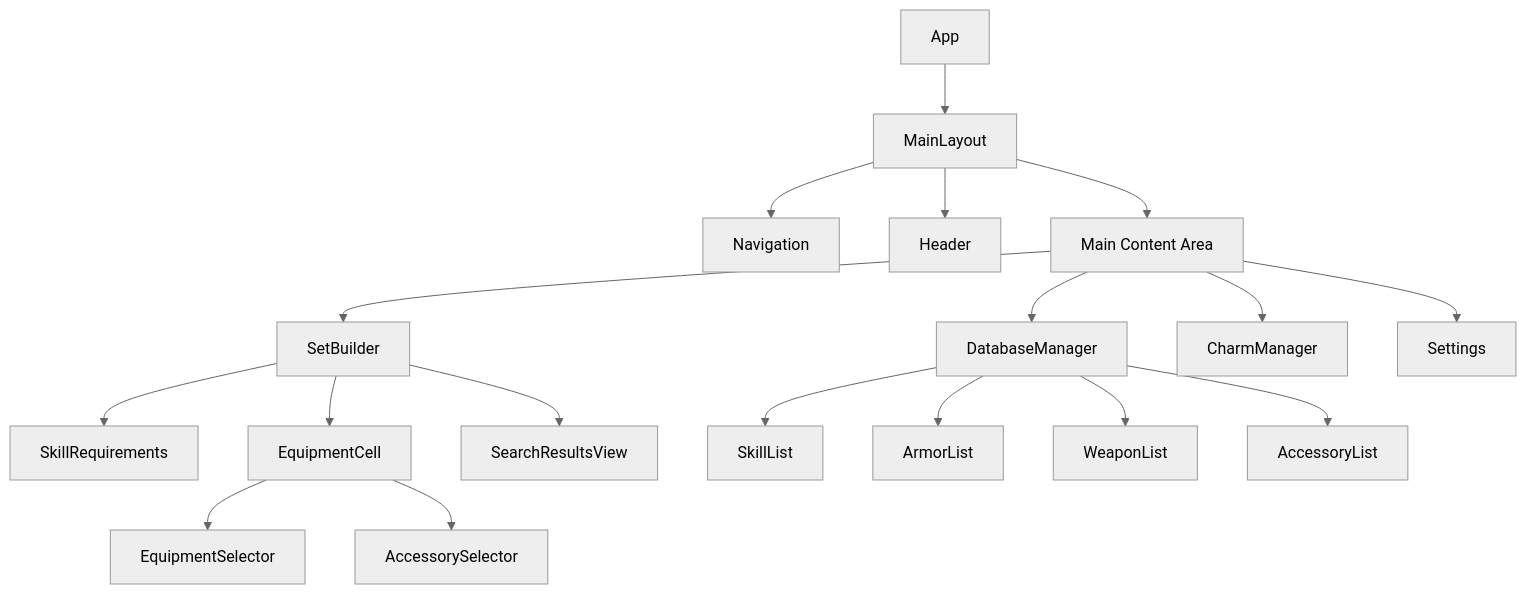
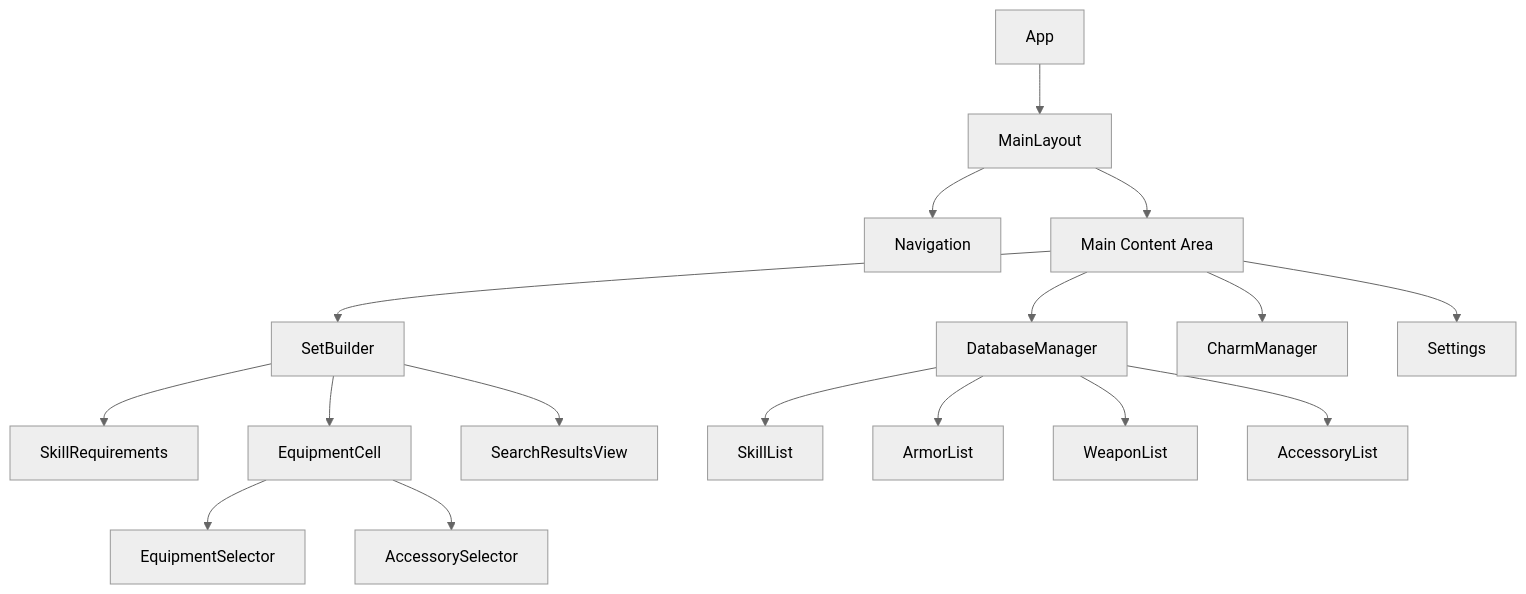
The first of 2 diagrams in ARCHITECTURE.md (mooonseeker/mhws-set-builder), drawn with Mermaid (neutral theme) before and after one commit. The commit also changed other lines of this file and 14 other files, not shown here.

````diff
--- a/ARCHITECTURE.md
+++ b/ARCHITECTURE.md
@@ -223,24 +234,23 @@
 ```mermaid
 graph TD
     A[App] --> B[MainLayout]
     B --> C[Navigation]
-    B --> D[Header]
     B --> E[Main Content Area]
 
     E --> F[SetBuilder]
     E --> G[DatabaseManager]
     E --> H[CharmManager]
     E --> I[Settings]
 
     F --> F1[SkillRequirements]
     F --> F2[EquipmentCell]
     F --> F3[SearchResultsView]
 
     G --> G1[SkillList]
     G --> G2[ArmorList]
     G --> G3[WeaponList]
     G --> G4[AccessoryList]
 
     F2 --> J[EquipmentSelector]
     F2 --> K[AccessorySelector]
 ```
````
